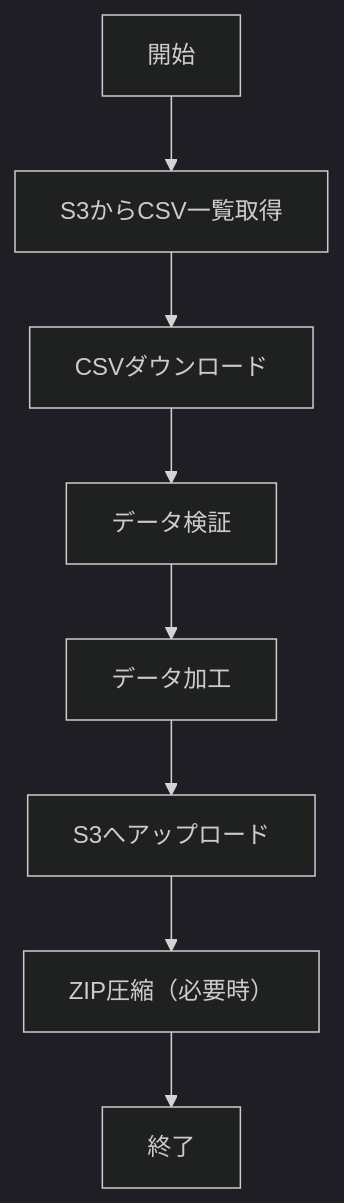
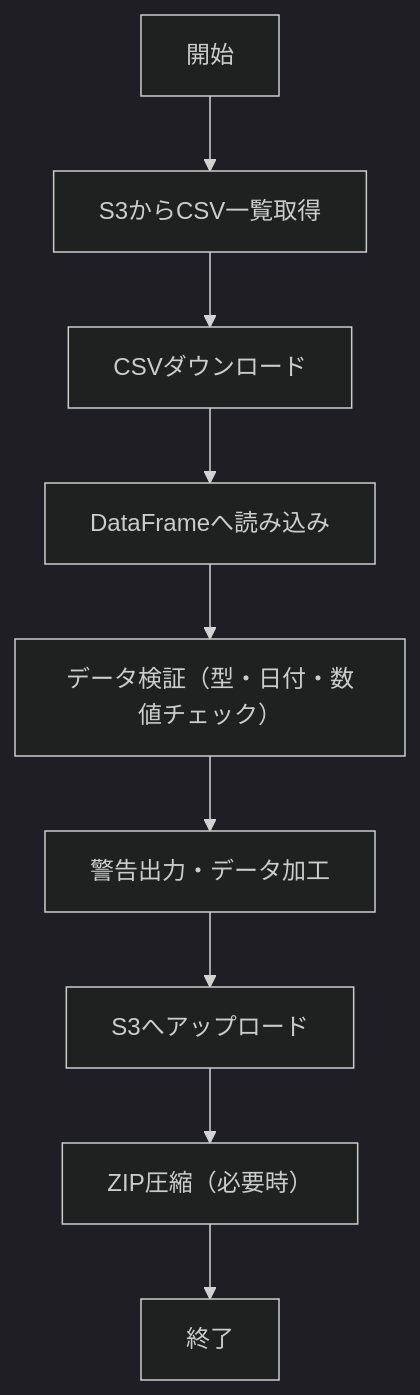
The first of 4 diagrams in BD_DD.md (tk826/OpenHands-Test), drawn with Mermaid (dark theme) before and after one commit. The commit also changed other lines of this file, not shown here.

````diff
--- a/BD_DD.md
+++ b/BD_DD.md
@@ -8,10 +8,11 @@
 ```mermaid
 graph TD;
     A[開始] --> B[S3からCSV一覧取得]
     B --> C[CSVダウンロード]
-    C --> D[データ検証]
-    D --> E[データ加工]
-    E --> F[S3へアップロード]
-    F --> G[ZIP圧縮（必要時）]
-    G --> H[終了]
+    C --> D[DataFrameへ読み込み]
+    D --> E[データ検証（型・日付・数値チェック）]
+    E --> F[警告出力・データ加工]
+    F --> G[S3へアップロード]
+    G --> H[ZIP圧縮（必要時）]
+    H --> I[終了]
 ```
````
